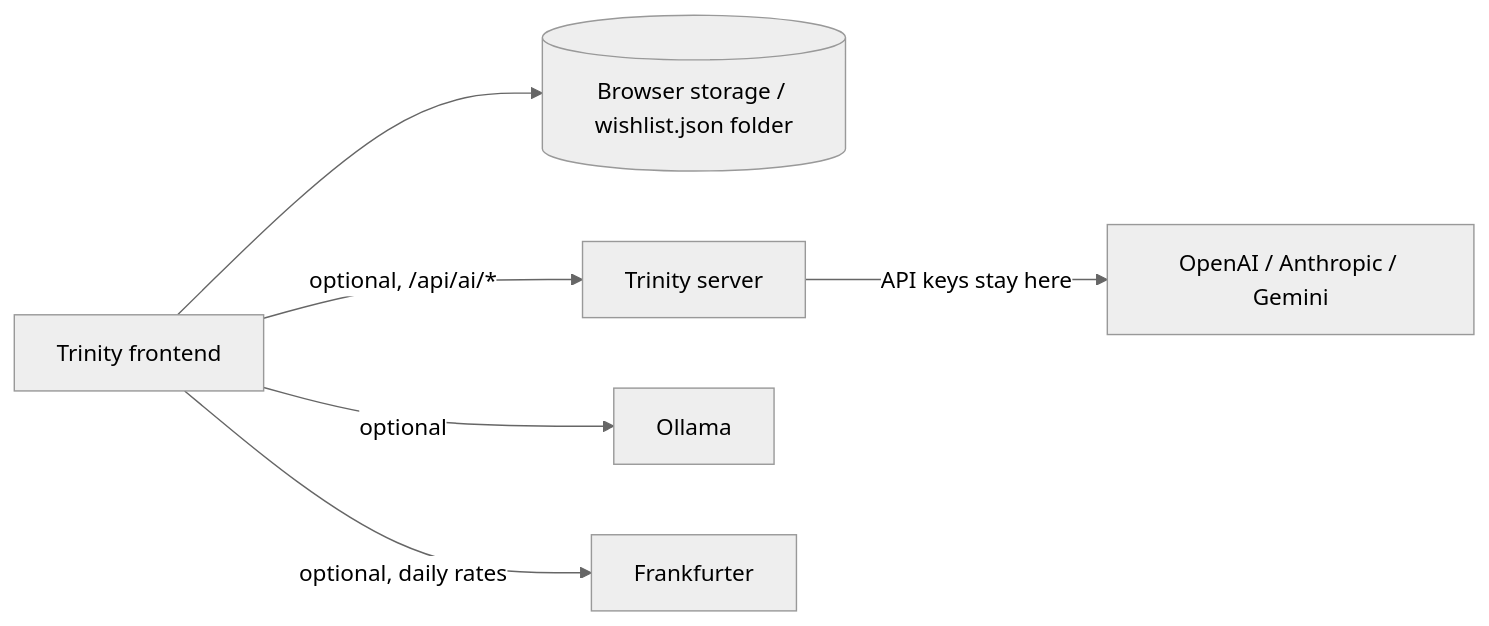
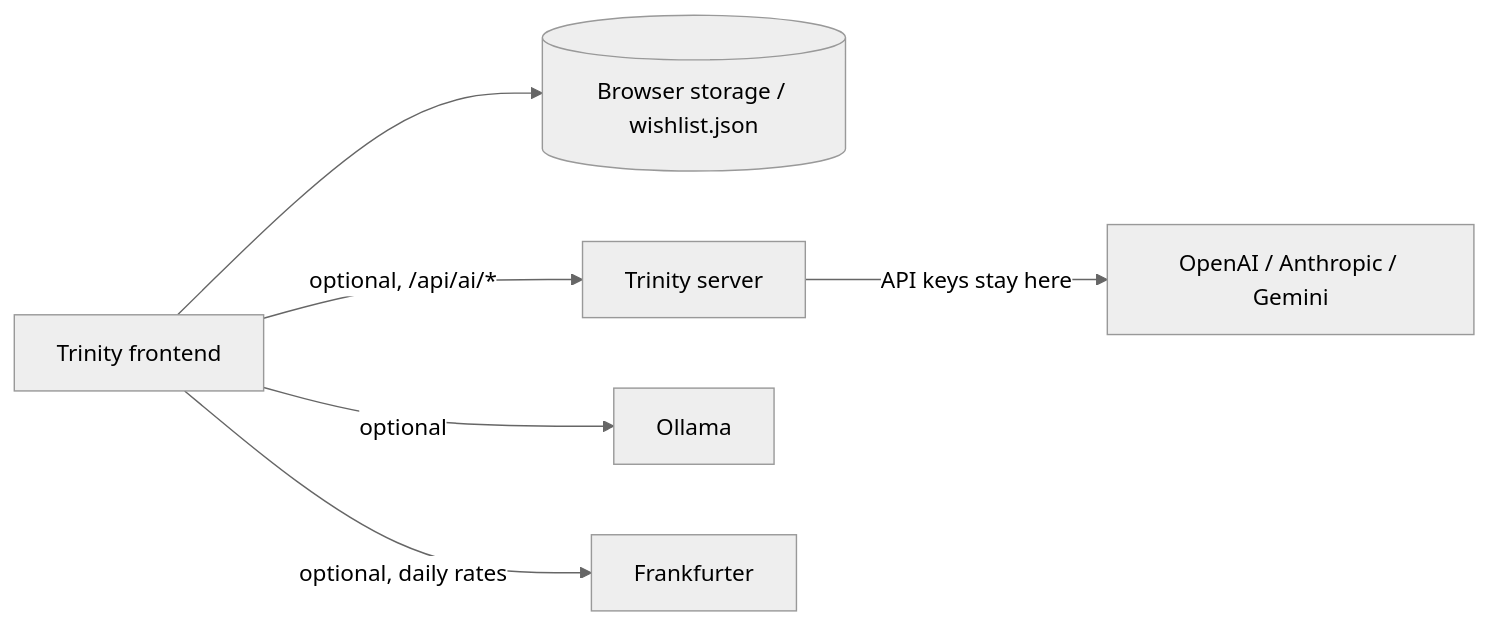
One commit to LukaG712/Trinity changed the diagram in README.md. Above: the diagram before and after it, drawn with Mermaid (neutral theme). The commit also changed other lines of this file and 11 other files, not shown here.

````diff
--- a/README.md
+++ b/README.md
@@ -204,8 +185,8 @@
 ```mermaid
 flowchart LR
-    Browser[Trinity frontend] --> Store[(Browser storage / wishlist.json folder)]
+    Browser[Trinity frontend] --> Store[(Browser storage / wishlist.json)]
     Browser -->|optional, /api/ai/*| Server[Trinity server]
     Server -->|API keys stay here| Cloud[OpenAI / Anthropic / Gemini]
     Browser -->|optional| Ollama[Ollama]
     Browser -->|optional, daily rates| FX[Frankfurter]
 ```
````
